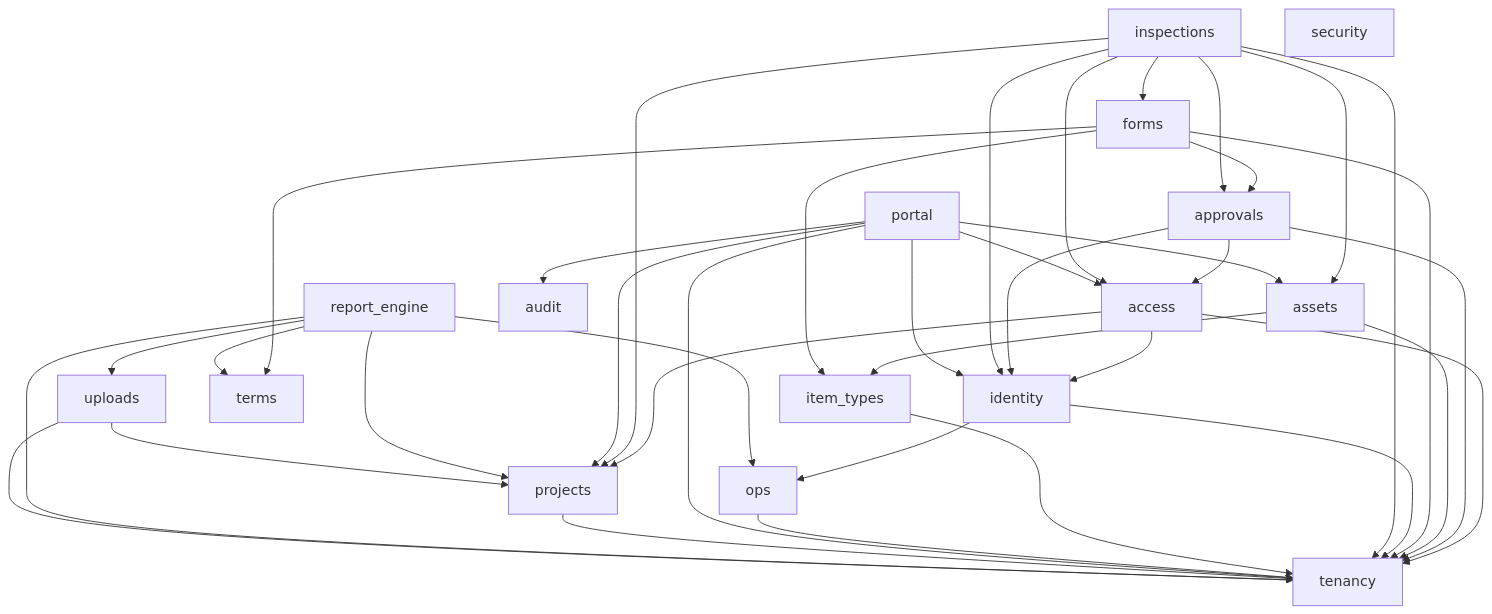
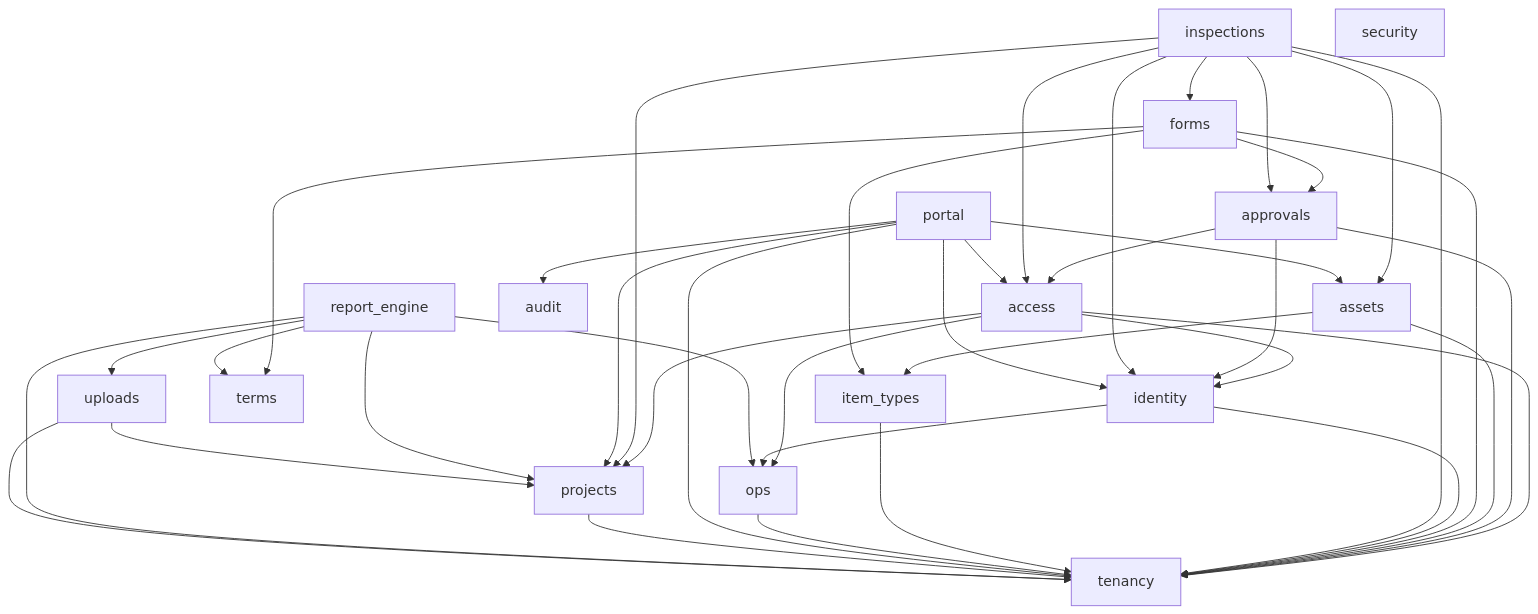
Before and after one commit to kingdonk-ops/Project-AIP: the diagram in docs/architecture/module-map.md, drawn with Mermaid. The commit also changed other lines of this file and 51 other files, not shown here.

````diff
--- a/docs/architecture/module-map.md
+++ b/docs/architecture/module-map.md
@@ -31,44 +31,45 @@
 ```mermaid
 graph TD
     access --> identity
+    access --> ops
     access --> projects
     access --> tenancy
     approvals --> access
     approvals --> identity
     approvals --> tenancy
     assets --> item_types
     assets --> tenancy
     audit
     forms --> approvals
     forms --> item_types
     forms --> tenancy
     forms --> terms
     identity --> ops
     identity --> tenancy
     inspections --> access
     inspections --> approvals
     inspections --> assets
     inspections --> forms
     inspections --> identity
     inspections --> projects
     inspections --> tenancy
     item_types --> tenancy
     ops --> tenancy
     portal --> access
     portal --> assets
     portal --> audit
     portal --> identity
     portal --> projects
     portal --> tenancy
     projects --> tenancy
     report_engine --> ops
     report_engine --> projects
     report_engine --> tenancy
     report_engine --> terms
     report_engine --> uploads
     security
     tenancy
     terms
     uploads --> projects
     uploads --> tenancy
 ```
````
